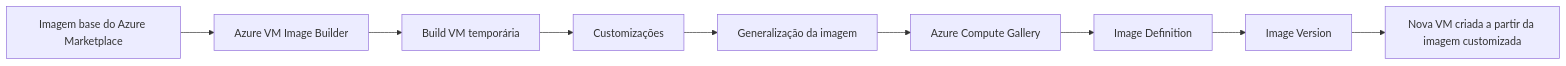
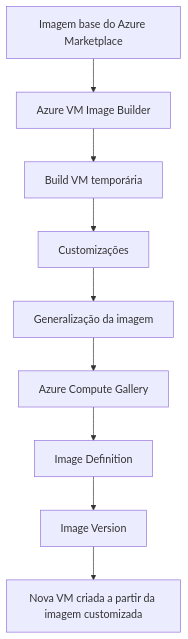
The first of 4 diagrams in _posts/2026/2026-06-07-azure-image-builder-windows-linux.md (lfrleite/lfrleite.github.io), drawn with Mermaid before and after one commit. The commit also changed other lines of this file, not shown here.

````diff
--- a/_posts/2026/2026-06-07-azure-image-builder-windows-linux.md
+++ b/_posts/2026/2026-06-07-azure-image-builder-windows-linux.md
@@ -64,11 +58,11 @@
 ```mermaid
-flowchart LR
+flowchart TD
     A[Imagem base do Azure Marketplace] --> B[Azure VM Image Builder]
     B --> C[Build VM temporária]
     C --> D[Customizações]
     D --> E[Generalização da imagem]
     E --> F[Azure Compute Gallery]
     F --> G[Image Definition]
     G --> H[Image Version]
     H --> I[Nova VM criada a partir da imagem customizada]
 ```
````
